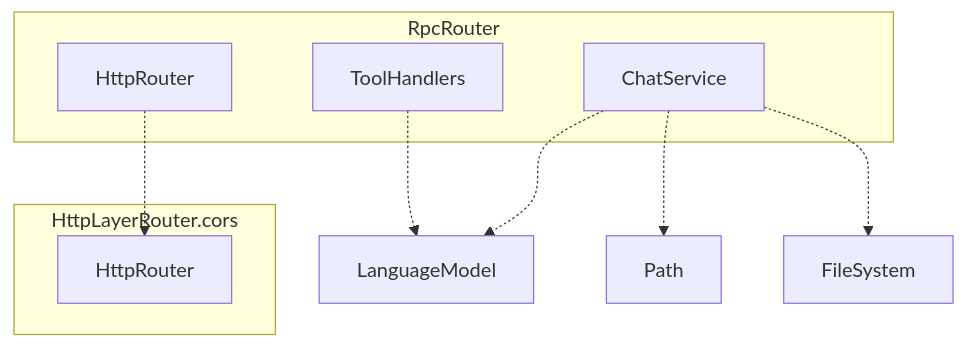
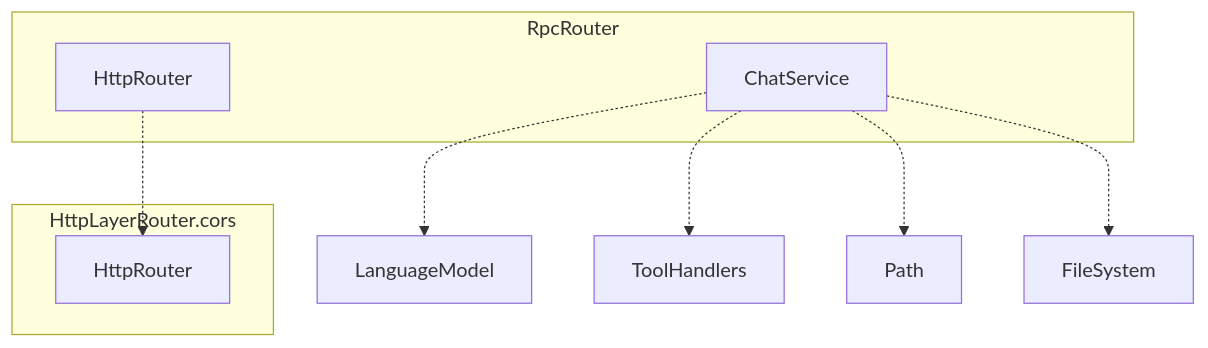
Before and after one commit to lloydrichards/proj_portfolio-website: the second of 3 diagrams in src/app/labs/(content)/053-agentic-chat-app/page.mdx, drawn with Mermaid. The commit also changed other lines of this file and 1 other file, not shown here.

````diff
--- a/src/app/labs/(content)/053-agentic-chat-app/page.mdx
+++ b/src/app/labs/(content)/053-agentic-chat-app/page.mdx
@@ -120,22 +128,23 @@
 ```mermaid
 flowchart TB
   subgraph CORS [HttpLayerRouter.cors]
     CORS_req[HttpRouter]
   end
 
   subgraph RpcRouter [RpcRouter]
     RPC_0[HttpRouter]
-    RPC_1[ToolHandlers]
     RPC_2[ChatService]
   end
 
+
   LanguageModel
+  ToolHandlers
   Path
   FileSystem
 
   RPC_0 -.-> CORS_req
-  RPC_1 -.-> LanguageModel
   RPC_2 -.-> LanguageModel
+  RPC_2 -.-> ToolHandlers
   RPC_2 -.-> Path
   RPC_2 -.-> FileSystem
 ```
````
